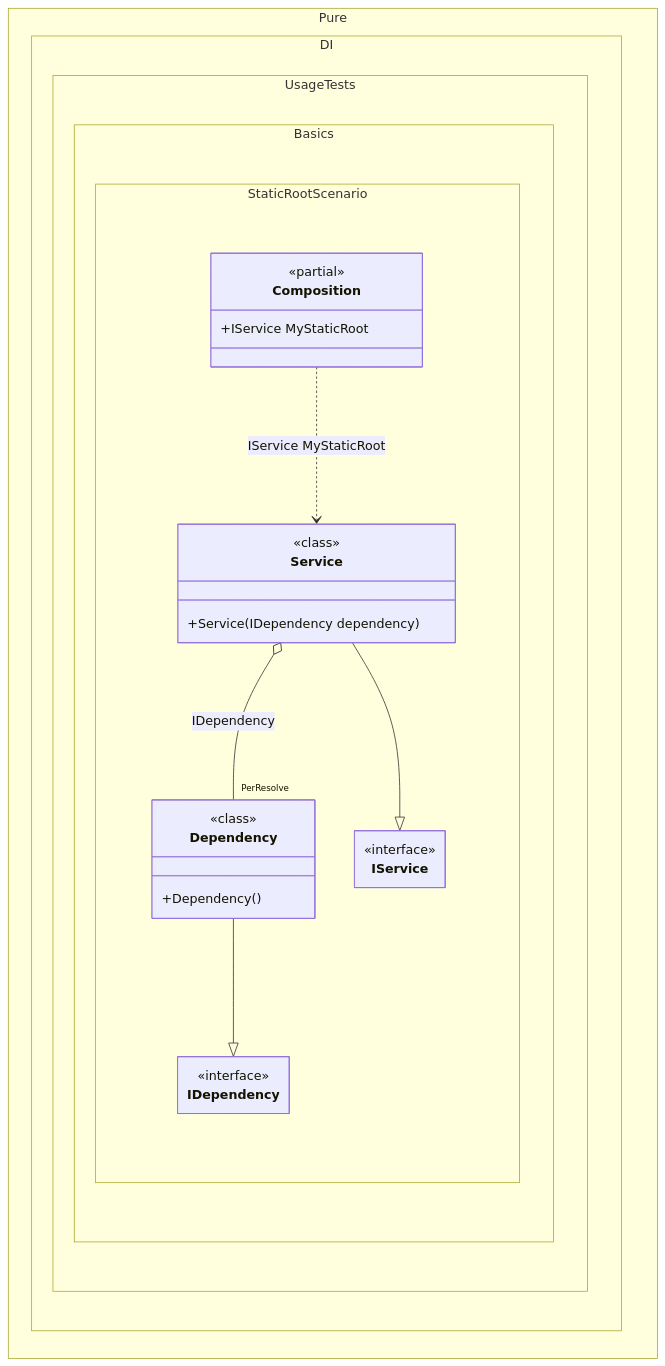
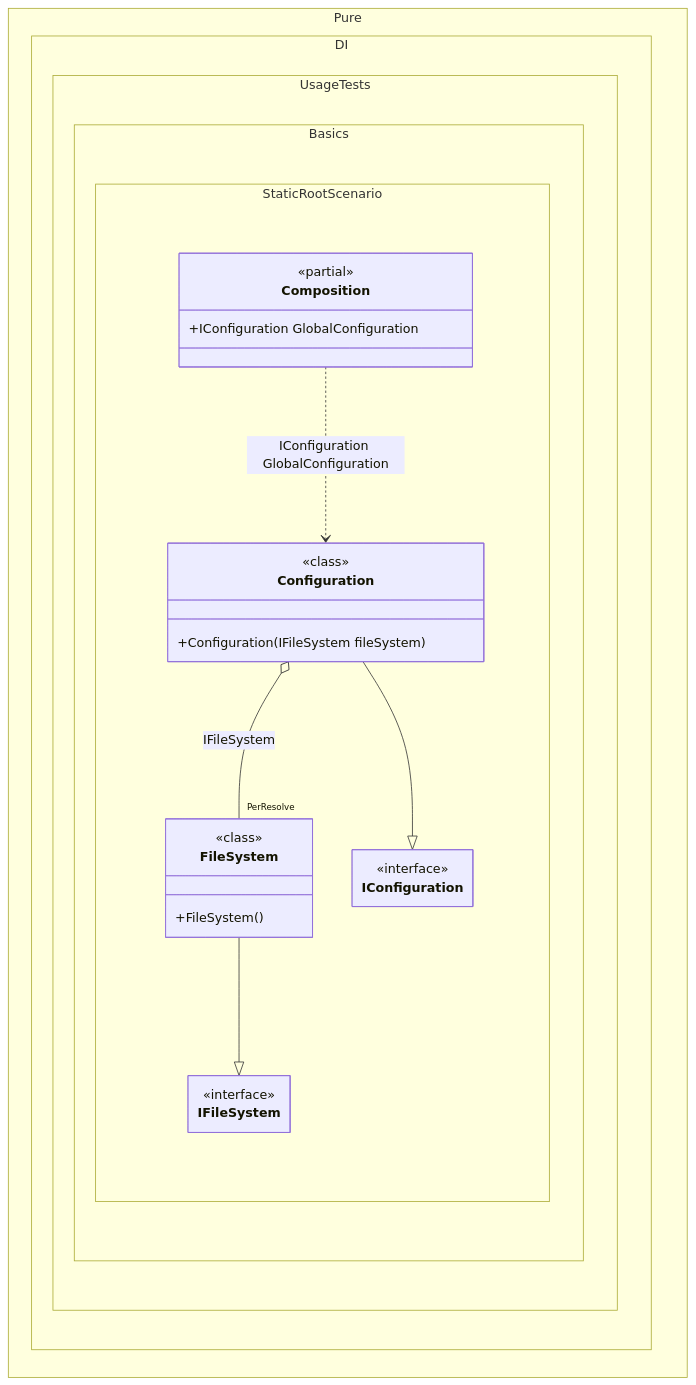
Before and after one commit to DevTeam/Pure.DI: the diagram in readme/static-root.md, drawn with Mermaid. The commit also changed other lines of this file and 126 other files, not shown here.

````diff
--- a/readme/static-root.md
+++ b/readme/static-root.md
@@ -79,34 +79,34 @@
 ```mermaid
 ---
  config:
   maxTextSize: 2147483647
   maxEdges: 2147483647
   class:
    hideEmptyMembersBox: true
 ---
 classDiagram
-	Dependency --|> IDependency
-	Service --|> IService
-	Composition ..> Service : IService MyStaticRoot
-	Service o-- "PerResolve" Dependency : IDependency
+	FileSystem --|> IFileSystem
+	Configuration --|> IConfiguration
+	Composition ..> Configuration : IConfiguration GlobalConfiguration
+	Configuration o-- "PerResolve" FileSystem : IFileSystem
 	namespace Pure.DI.UsageTests.Basics.StaticRootScenario {
 		class Composition {
 		<<partial>>
-		+IService MyStaticRoot
+		+IConfiguration GlobalConfiguration
 		}
-		class Dependency {
+		class Configuration {
 				<<class>>
-			+Dependency()
+			+Configuration(IFileSystem fileSystem)
 		}
-		class IDependency {
+		class FileSystem {
+				<<class>>
+			+FileSystem()
+		}
+		class IConfiguration {
 			<<interface>>
 		}
-		class IService {
+		class IFileSystem {
 			<<interface>>
-		}
-		class Service {
-				<<class>>
-			+Service(IDependency dependency)
 		}
 	}
 ```
````
